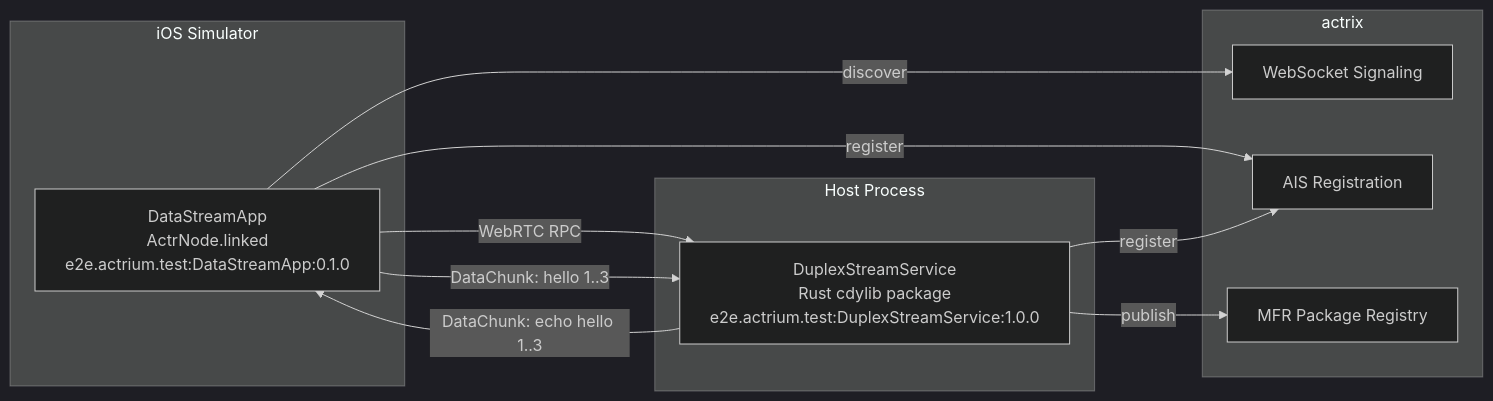
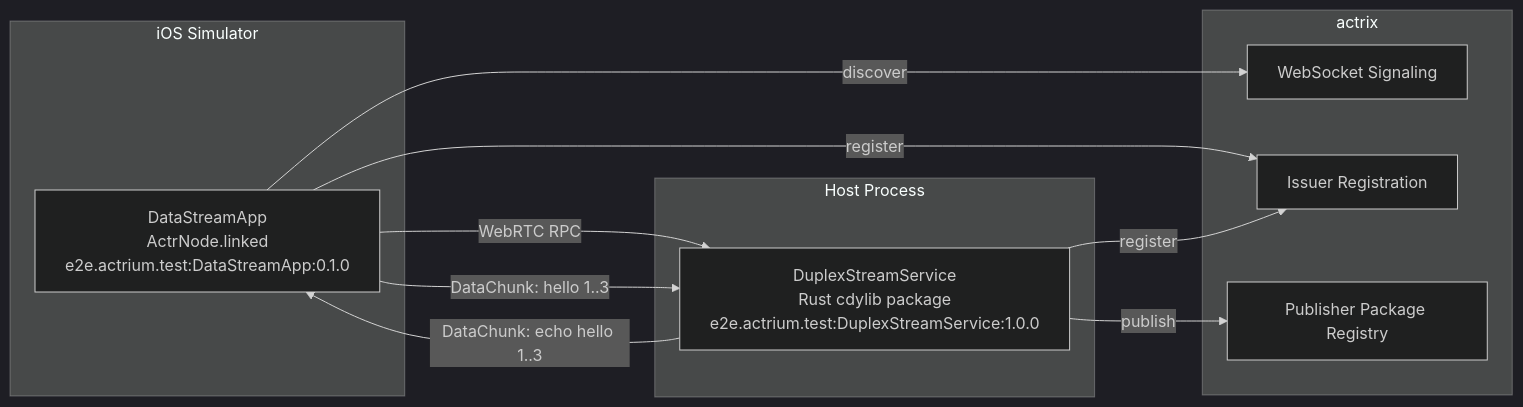
Before and after one commit to Actrium/actrium: the diagram in tests/e2e/actr/swift-datastream-app/README.md, drawn with Mermaid (dark theme). The commit also changed other lines of this file and 600 other files, not shown here.

First line of the commit message:
refactor: retire historical names manufacturer, MFR, AIS and KS

````diff
--- a/tests/e2e/actr/swift-datastream-app/README.md
+++ b/tests/e2e/actr/swift-datastream-app/README.md
@@ -7,24 +7,24 @@
 ```mermaid
 graph LR
     subgraph iOS Simulator
         DS[DataStreamApp<br/>ActrNode.linked<br/>e2e.actrium.test:DataStreamApp:0.1.0]
     end
 
     subgraph actrix
         WS[WebSocket Signaling]
-        AIS[AIS Registration]
-        REG[MFR Package Registry]
+        Issuer[Issuer Registration]
+        REG[Publisher Package Registry]
     end
 
     subgraph Host Process
         DUS[DuplexStreamService<br/>Rust cdylib package<br/>e2e.actrium.test:DuplexStreamService:1.0.0]
     end
 
     DS -->|discover| WS
-    DS -->|register| AIS
-    DUS -->|register| AIS
+    DS -->|register| Issuer
+    DUS -->|register| Issuer
     DUS -->|publish| REG
     DS -->|WebRTC RPC| DUS
     DS -->|DataChunk: hello 1..3| DUS
     DUS -->|DataChunk: echo hello 1..3| DS
 ```
````
